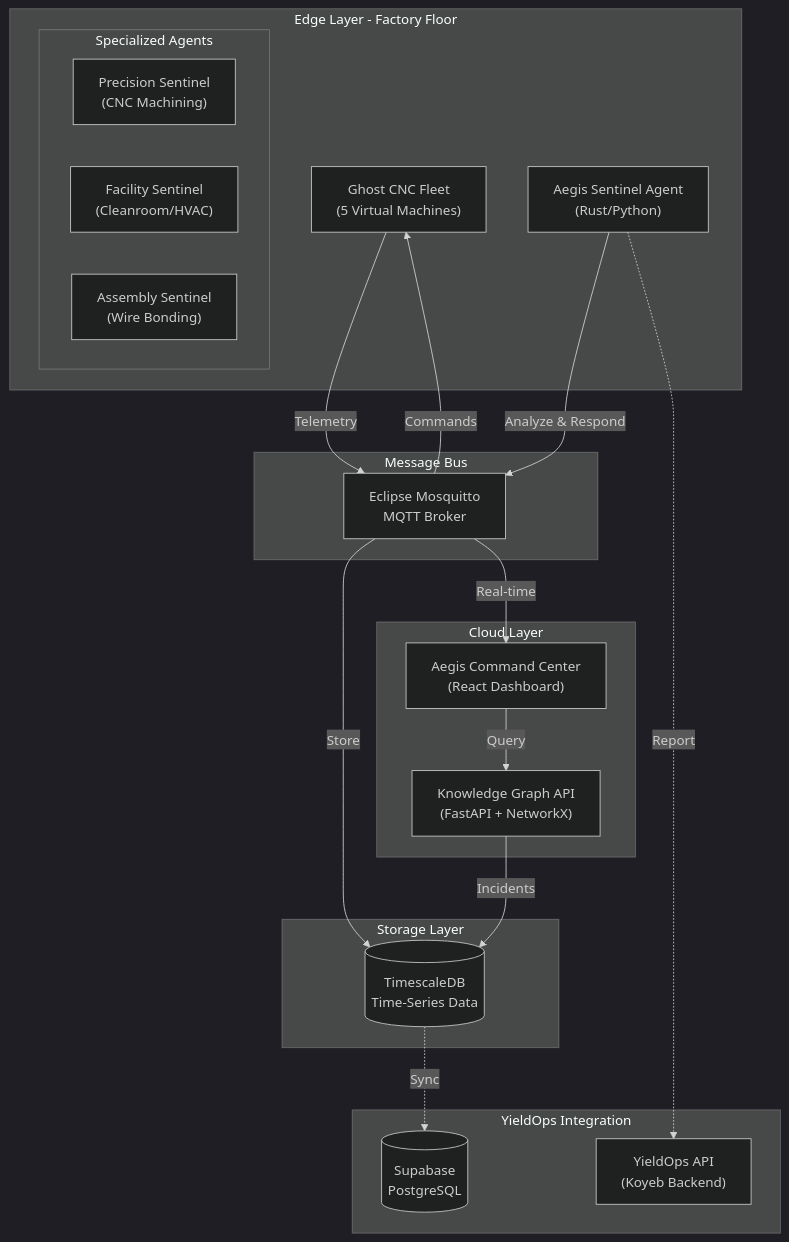
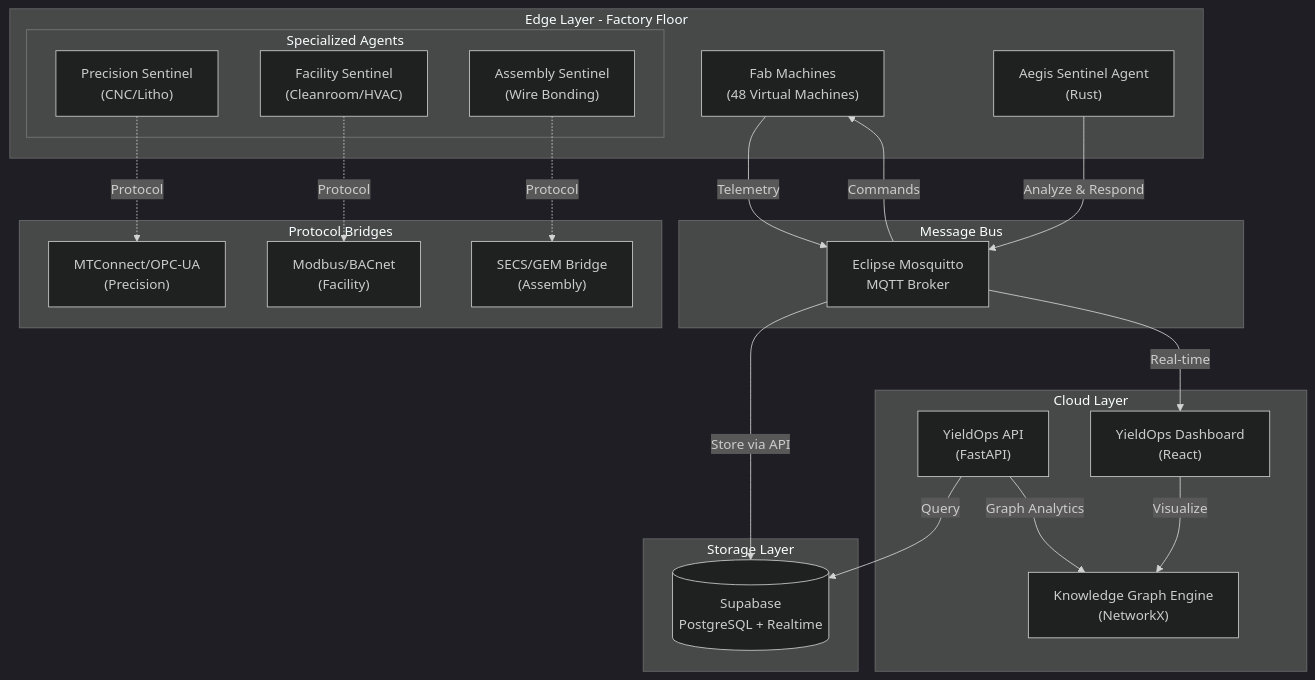
Before and after one commit to AngelP17/YieldOps: the first of 4 diagrams in aegis/ARCHITECTURE.md, drawn with Mermaid (dark theme). The commit also changed other lines of this file and 11 other files, not shown here.

First line of the commit message:
docs: Update architecture docs and real data priority handling

````diff
--- a/aegis/ARCHITECTURE.md
+++ b/aegis/ARCHITECTURE.md
@@ -7,42 +7,59 @@
 ```mermaid
 flowchart TB
     subgraph Edge["Edge Layer - Factory Floor"]
-        Machines["Ghost CNC Fleet\n(5 Virtual Machines)"]
-        Agent["Aegis Sentinel Agent\n(Rust/Python)"]
+        Machines["Fab Machines
+(48 Virtual Machines)"]
+        Agent["Aegis Sentinel Agent
+(Rust)"]
         
         subgraph Agents["Specialized Agents"]
-            Precision["Precision Sentinel\n(CNC Machining)"]
-            Facility["Facility Sentinel\n(Cleanroom/HVAC)"]
-            Assembly["Assembly Sentinel\n(Wire Bonding)"]
+            Precision["Precision Sentinel
+(CNC/Litho)"]
+            Facility["Facility Sentinel
+(Cleanroom/HVAC)"]
+            Assembly["Assembly Sentinel
+(Wire Bonding)"]
         end
     end
     
     subgraph MessageBus["Message Bus"]
-        MQTT["Eclipse Mosquitto\nMQTT Broker"]
+        MQTT["Eclipse Mosquitto
+MQTT Broker"]
+    end
+    
+    subgraph Cloud["Cloud Layer"]
+        API["YieldOps API
+(FastAPI)"]
+        Dashboard["YieldOps Dashboard
+(React)"]
+        KG["Knowledge Graph Engine
+(NetworkX)"]
     end
     
     subgraph Storage["Storage Layer"]
-        TimescaleDB[("TimescaleDB\nTime-Series Data")]
+        Supabase[("Supabase
+PostgreSQL + Realtime")]
     end
     
-    subgraph Cloud["Cloud Layer"]
-        Dashboard["Aegis Command Center\n(React Dashboard)"]
-        KG["Knowledge Graph API\n(FastAPI + NetworkX)"]
-    end
-    
-    subgraph Integration["YieldOps Integration"]
-        YieldOpsAPI["YieldOps API\n(Koyeb Backend)"]
-        YieldOpsDB[("Supabase\nPostgreSQL")]
+    subgraph Integration["Protocol Bridges"]
+        Modbus["Modbus/BACnet
+(Facility)"]
+        SECSGEM["SECS/GEM Bridge
+(Assembly)"]
+        MTConnect["MTConnect/OPC-UA
+(Precision)"]
     end
     
     Machines -->|Telemetry| MQTT
     MQTT -->|Commands| Machines
     Agent -->|Analyze & Respond| MQTT
-    MQTT -->|Store| TimescaleDB
+    MQTT -->|Store via API| Supabase
     MQTT -->|Real-time| Dashboard
-    Dashboard -->|Query| KG
-    KG -->|Incidents| TimescaleDB
+    API -->|Query| Supabase
+    API -->|Graph Analytics| KG
+    Dashboard -->|Visualize| KG
     
-    Agent -.->|Report| YieldOpsAPI
-    TimescaleDB -.->|Sync| YieldOpsDB
+    Facility -.->|Protocol| Modbus
+    Assembly -.->|Protocol| SECSGEM
+    Precision -.->|Protocol| MTConnect
 ```
````
